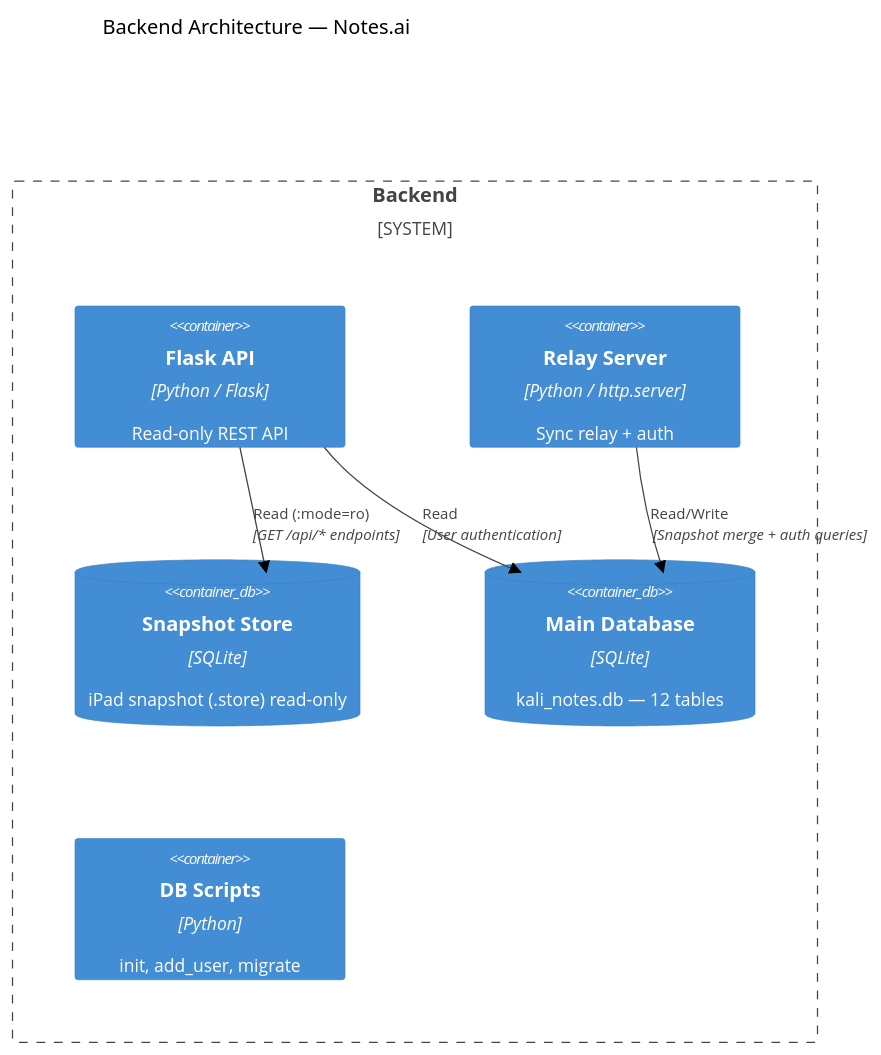
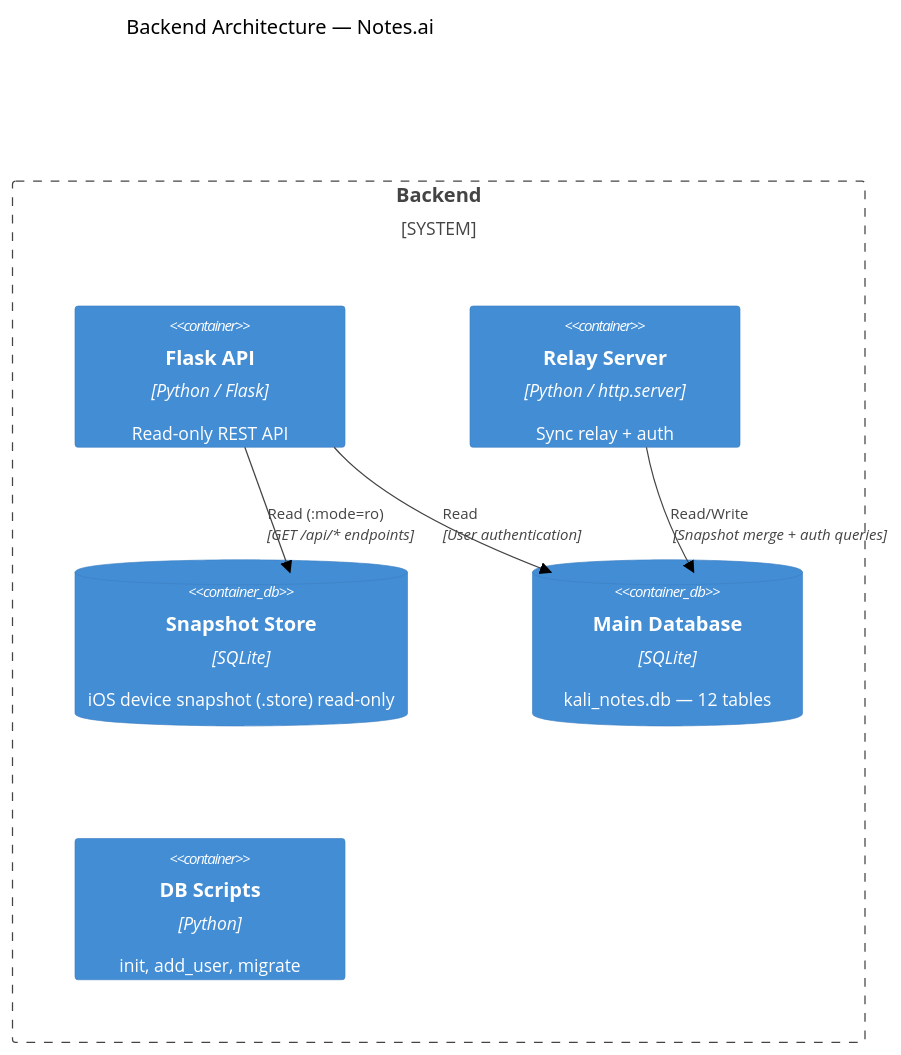
Before and after one commit to Kenan999/Notes.ai: the first of 2 diagrams in README.md, drawn with Mermaid (neutral theme). The commit also changed other lines of this file, not shown here.

````diff
--- a/README.md
+++ b/README.md
@@ -41,18 +29,18 @@
 ```mermaid
 C4Container
   title Backend Architecture — Notes.ai
 
   System_Boundary(backend, "Backend") {
     Container(flask, "Flask API", "Python / Flask", "Read-only REST API")
     Container(relay, "Relay Server", "Python / http.server", "Sync relay + auth")
-    ContainerDb(snapshot, "Snapshot Store", "SQLite", "iPad snapshot (.store) read-only")
+    ContainerDb(snapshot, "Snapshot Store", "SQLite", "iOS device snapshot (.store) read-only")
     ContainerDb(main_db, "Main Database", "SQLite", "kali_notes.db — 12 tables")
     Container(scripts, "DB Scripts", "Python", "init, add_user, migrate")
   }
 
   Rel(flask, snapshot, "Read (:mode=ro)", "GET /api/* endpoints")
   Rel(relay, main_db, "Read/Write", "Snapshot merge + auth queries")
   Rel(flask, main_db, "Read", "User authentication")
 
   UpdateLayoutConfig($c4ShapeInRow="3", $c4BoundaryInRow="1")
 ```
````
